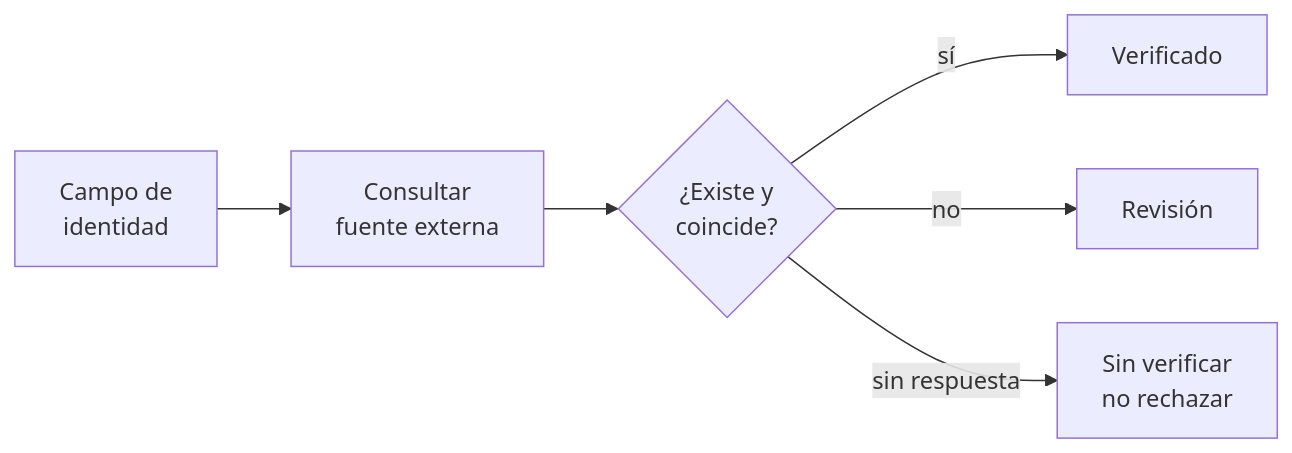
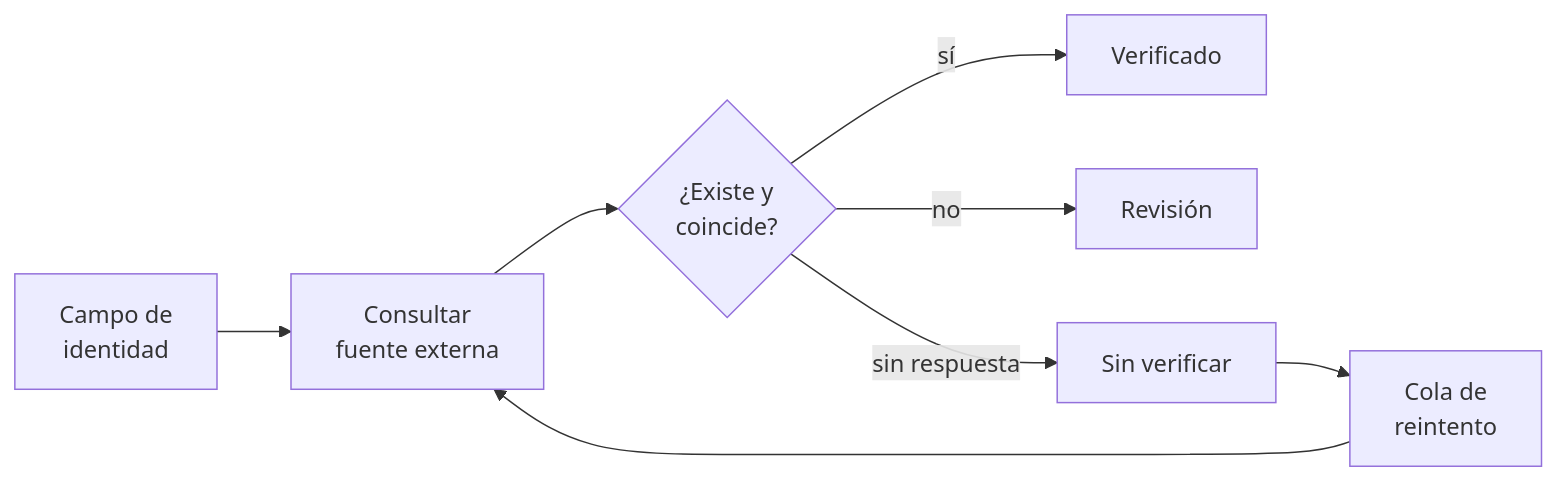
The eighth of 15 diagrams in readme-min.md (mariogarcia-ar/docflow), drawn with Mermaid before and after one commit. The commit also changed other lines of this file, not shown here.

Commit message:
Refactor README.md to clarify component interactions and processing flows, enhancing descriptions of barriers and execution order in document extraction.

````diff
--- a/readme-min.md
+++ b/readme-min.md
@@ -240,8 +287,10 @@
 ```mermaid
 graph LR
     A["Campo de<br/>identidad"] --> B["Consultar<br/>fuente externa"]
     B --> C{"¿Existe y<br/>coincide?"}
     C -->|"sí"| D["Verificado"]
     C -->|"no"| E["Revisión"]
-    C -->|"sin respuesta"| F["Sin verificar<br/>no rechazar"]
+    C -->|"sin respuesta"| F["Sin verificar"]
+    F --> G["Cola de<br/>reintento"]
+    G --> B
 ```
````
